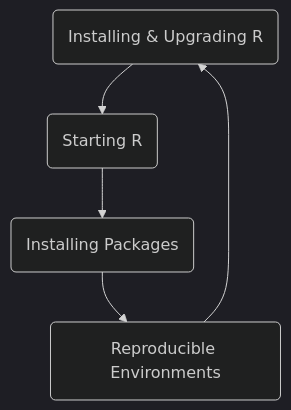
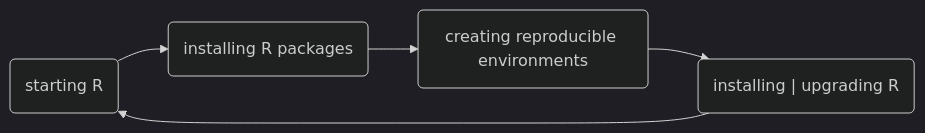
Before and after one commit to rstats-wtf/what-they-forgot: the diagram in personal-radmin.qmd, drawn with Mermaid (dark theme). The commit also changed other lines of this file and 4 other files, not shown here.

````diff
--- a/personal-radmin.qmd
+++ b/personal-radmin.qmd
@@ -5,9 +38,10 @@
 ```{mermaid}
-flowchart TD
-inst(Installing & Upgrading R)
-start(Starting R)
-pkg(Installing Packages)
-repro(Reproducible Environments)
+flowchart LR
 
-start --> pkg --> repro --> inst --> start
+start(starting R)
+packages(installing R packages)
+repro(creating reproducible environments)
+installing("installing | upgrading R")
+
+start --> packages --> repro --> installing --> start
 ```
````
